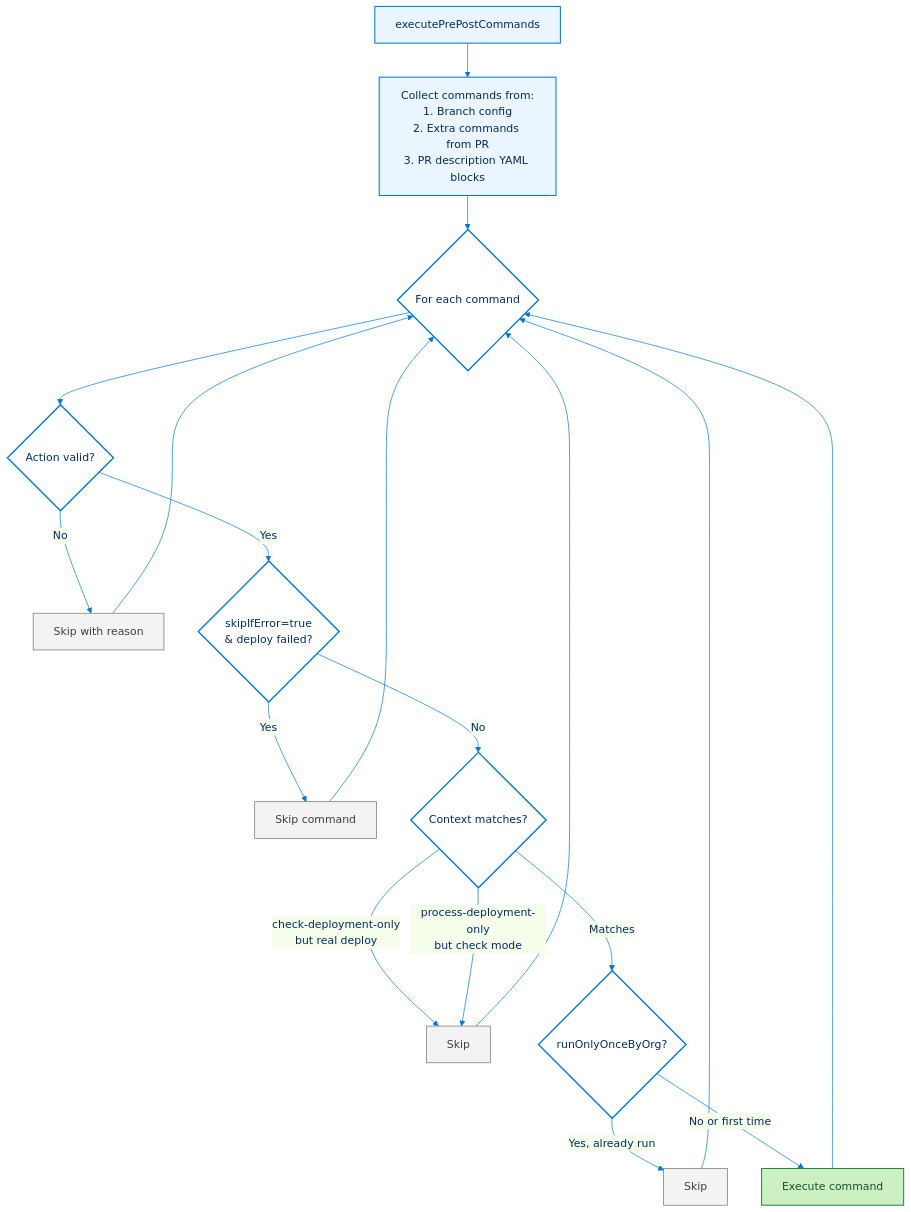
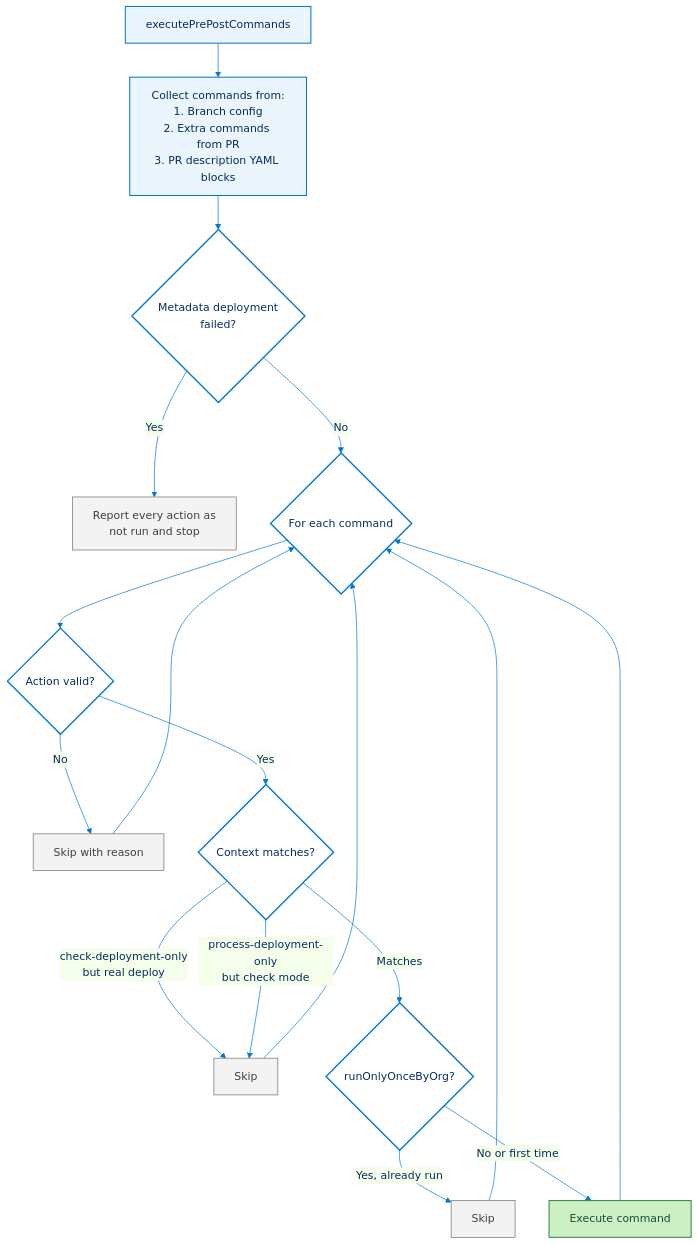
The tenth of 13 diagrams in docs/salesforce-ci-cd-smart-deployment.md (hardisgroupcom/sfdx-hardis), drawn with Mermaid before and after one commit. The commit also changed other lines of this file and 47 other files, not shown here.

````diff
--- a/docs/salesforce-ci-cd-smart-deployment.md
+++ b/docs/salesforce-ci-cd-smart-deployment.md
@@ -373,31 +373,30 @@
 ```mermaid
 %%{init: {"theme": "base", "themeVariables": {"primaryColor": "#eaf5fe", "primaryTextColor": "#032d60", "primaryBorderColor": "#0176d3", "lineColor": "#0176d3", "fontFamily": "Salesforce Sans, Arial, sans-serif"}}}%%
 flowchart TD
     CMD_START[executePrePostCommands] --> SOURCES[Collect commands from:<br/>1. Branch config<br/>2. Extra commands from PR<br/>3. PR description YAML blocks]
-    SOURCES --> LOOP{For each command}
+    SOURCES --> DEPLOY_KO{Metadata deployment<br/>failed?}
+    DEPLOY_KO -->|Yes| SKIP_ERR[Report every action as<br/>not run and stop]
+    DEPLOY_KO -->|No| LOOP{For each command}
     LOOP --> VALID{Action valid?}
     VALID -->|No| SKIP_INVALID[Skip with reason]
-    VALID -->|Yes| ERR_CHECK{skipIfError=true<br/>& deploy failed?}
-    ERR_CHECK -->|Yes| SKIP_ERR[Skip command]
-    ERR_CHECK -->|No| CTX_CHECK{Context matches?}
+    VALID -->|Yes| CTX_CHECK{Context matches?}
     CTX_CHECK -->|check-deployment-only<br/>but real deploy| SKIP_CTX[Skip]
     CTX_CHECK -->|process-deployment-only<br/>but check mode| SKIP_CTX
     CTX_CHECK -->|Matches| ONCE_CHECK{runOnlyOnceByOrg?}
     ONCE_CHECK -->|Yes, already run| SKIP_ONCE[Skip]
     ONCE_CHECK -->|No or first time| EXEC[Execute command]
     EXEC --> LOOP
     SKIP_INVALID --> LOOP
-    SKIP_ERR --> LOOP
     SKIP_CTX --> LOOP
     SKIP_ONCE --> LOOP
 
     classDef sfAction fill:#eaf5fe,stroke:#0176d3,color:#032d60,stroke-width:1.5px
     classDef sfDecision fill:#ffffff,stroke:#0176d3,color:#032d60,stroke-width:2px
     classDef sfSuccess fill:#cdefc4,stroke:#2e844a,color:#194e31,stroke-width:1.5px
     classDef sfSkip fill:#f3f3f3,stroke:#706e6b,color:#3e3e3c,stroke-width:1px
 
     class CMD_START,SOURCES sfAction
-    class LOOP,VALID,ERR_CHECK,CTX_CHECK,ONCE_CHECK sfDecision
+    class LOOP,VALID,DEPLOY_KO,CTX_CHECK,ONCE_CHECK sfDecision
     class EXEC sfSuccess
     class SKIP_INVALID,SKIP_ERR,SKIP_CTX,SKIP_ONCE sfSkip
 ```
````
